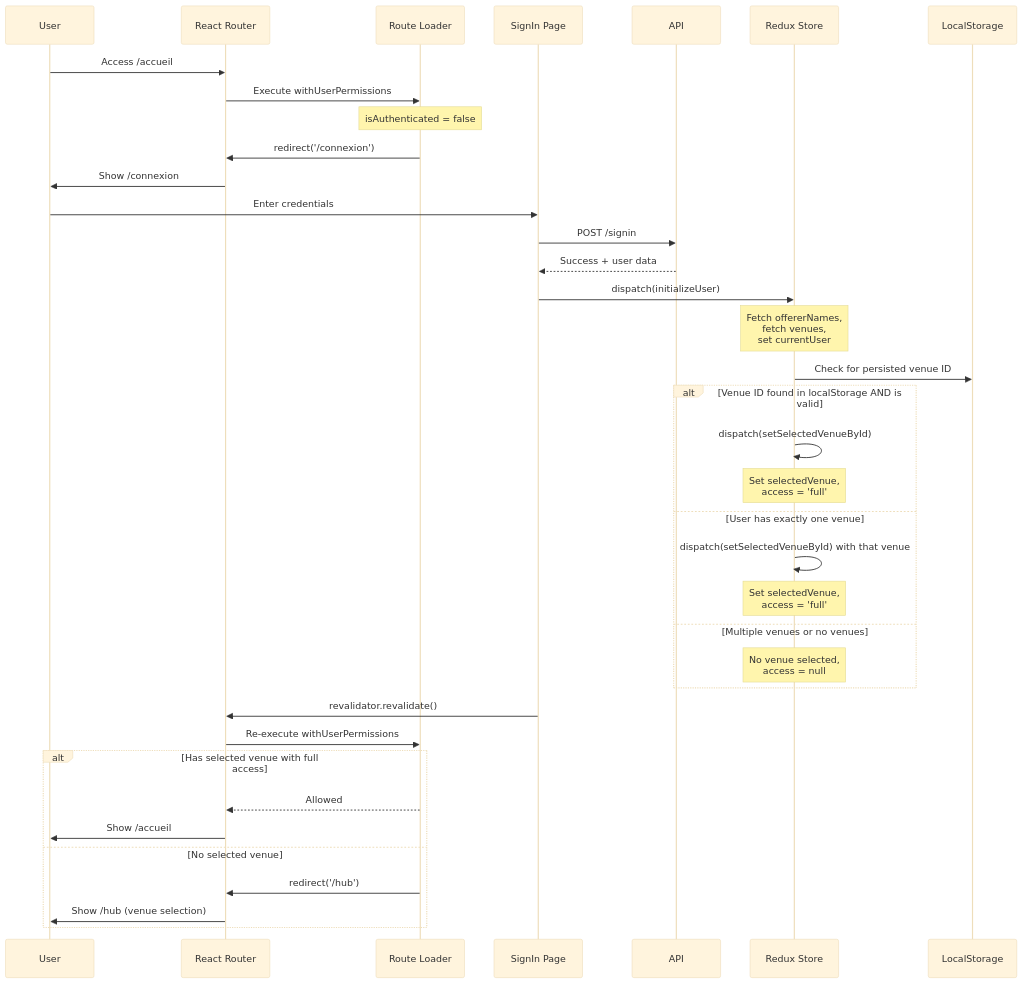
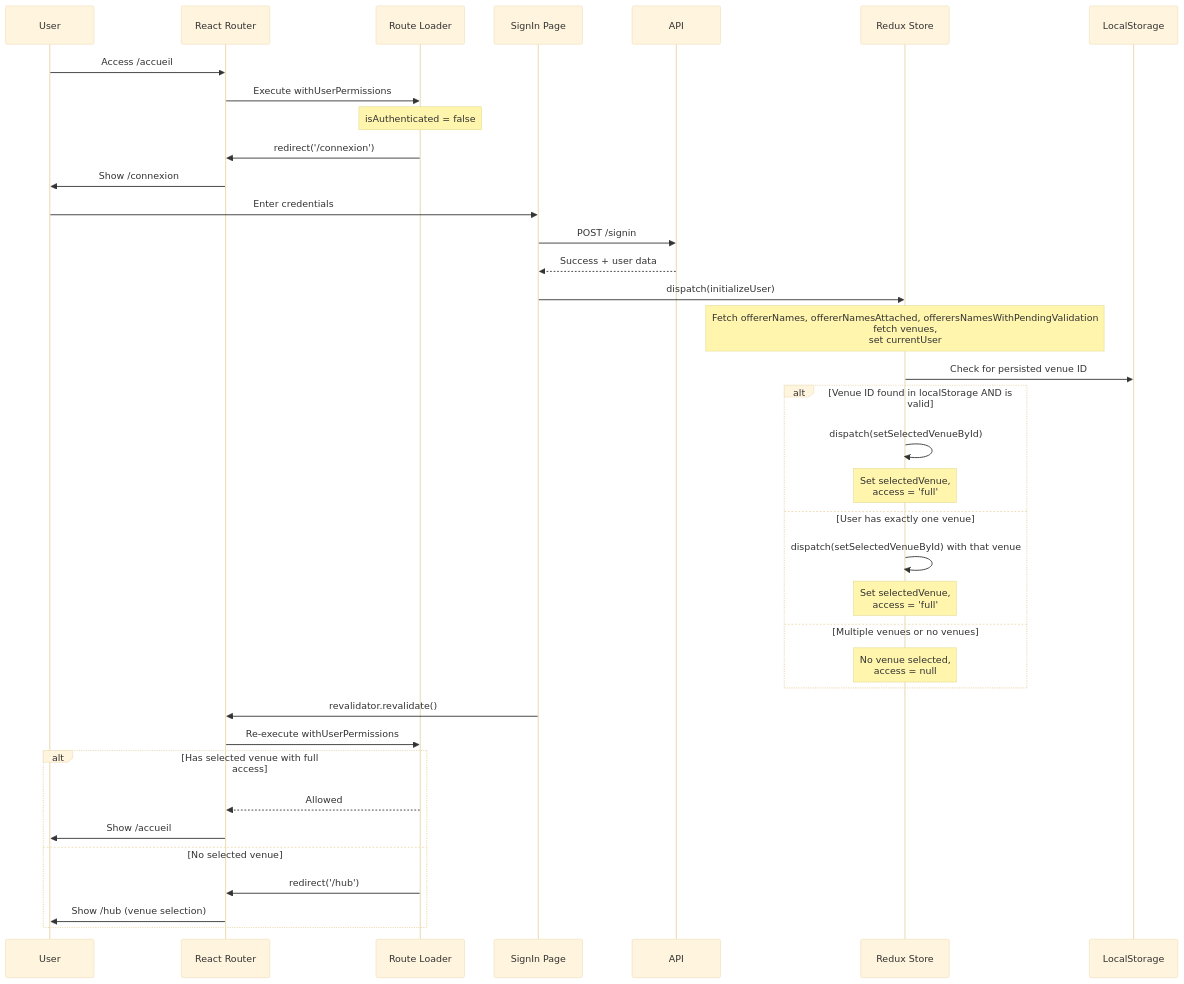
The fifth of 5 diagrams in pro/src/commons/auth/README.md (pass-culture/pass-culture-main), drawn with Mermaid (base theme) before and after one commit. The commit also changed 41 other files, not shown here.

Commit message:
(PC-39870)[PRO] feat: non attached offerers management

````diff
--- a/pro/src/commons/auth/README.md
+++ b/pro/src/commons/auth/README.md
@@ -145,46 +145,46 @@
 ```mermaid
 sequenceDiagram
     participant User
     participant Router as React Router
     participant Loader as Route Loader
     participant Login as SignIn Page
     participant API
     participant Store as Redux Store
     participant LocalStorage
 
     User->>Router: Access /accueil
     Router->>Loader: Execute withUserPermissions
     Note over Loader: isAuthenticated = false
     Loader->>Router: redirect('/connexion')
     Router->>User: Show /connexion
 
     User->>Login: Enter credentials
     Login->>API: POST /signin
     API-->>Login: Success + user data
 
     Login->>Store: dispatch(initializeUser)
-    Note over Store: Fetch offererNames,<br/>fetch venues,<br/>set currentUser
+    Note over Store: Fetch offererNames, offererNamesAttached, offerersNamesWithPendingValidation <br/>fetch venues,<br/>set currentUser
 
     Store->>LocalStorage: Check for persisted venue ID
 
     alt Venue ID found in localStorage AND is valid
         Store->>Store: dispatch(setSelectedVenueById)
         Note over Store: Set selectedVenue,<br/>access = 'full'
     else User has exactly one venue
         Store->>Store: dispatch(setSelectedVenueById) with that venue
         Note over Store: Set selectedVenue,<br/>access = 'full'
     else Multiple venues or no venues
         Note over Store: No venue selected,<br/>access = null
     end
 
     Login->>Router: revalidator.revalidate()
     Router->>Loader: Re-execute withUserPermissions
 
     alt Has selected venue with full access
         Loader-->>Router: Allowed
         Router->>User: Show /accueil
     else No selected venue
         Loader->>Router: redirect('/hub')
         Router->>User: Show /hub (venue selection)
     end
 ```
````
